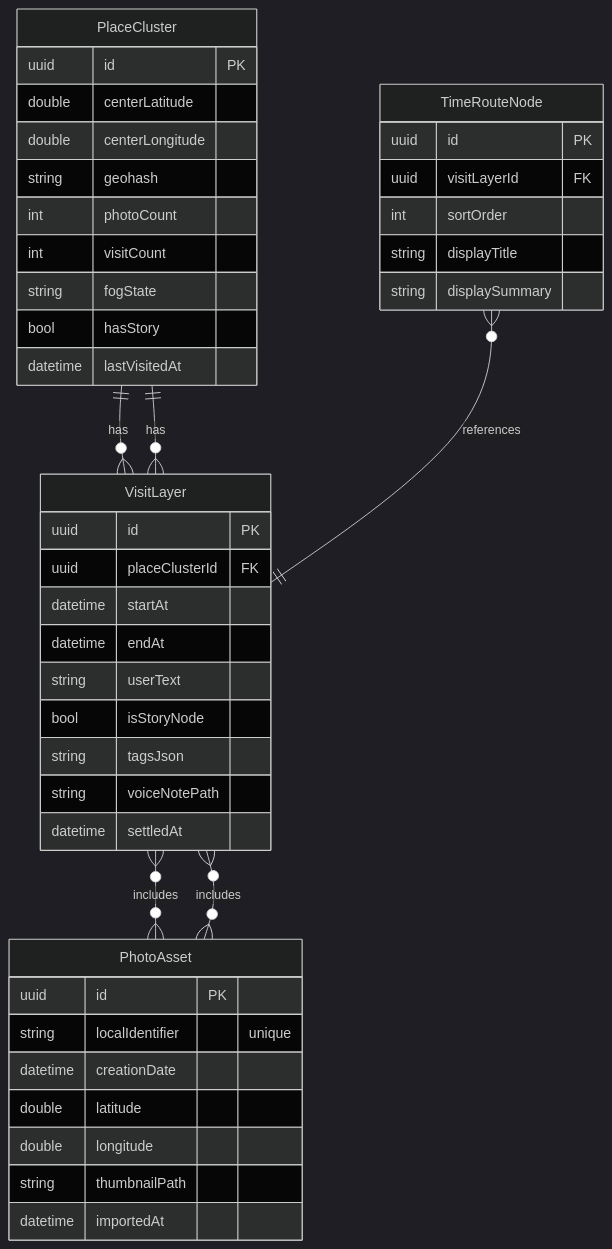
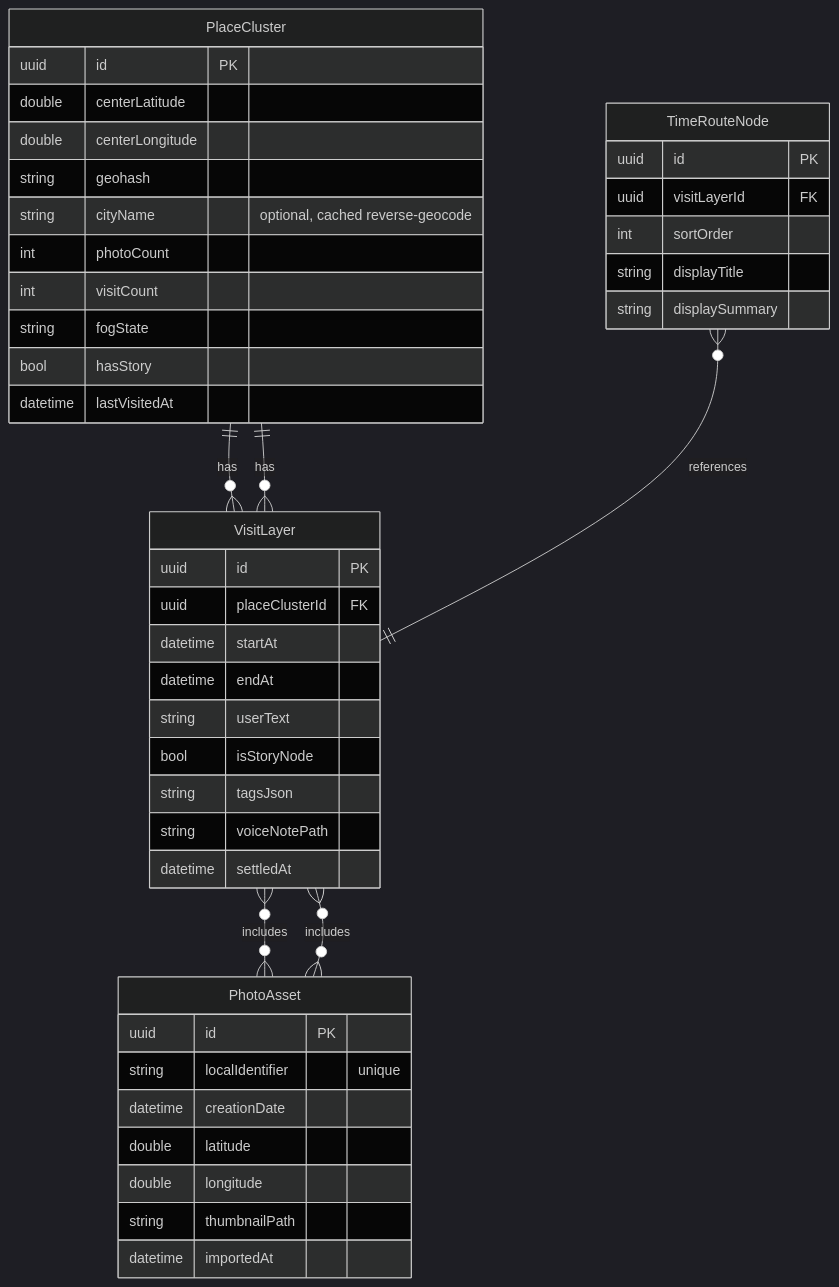
One commit to helinxuan/wakelight changed the second of 5 diagrams in ARCHITECTURE_WAKELIGHT.md. Above: the diagram before and after it, drawn with Mermaid (dark theme). The commit also changed 7 other files, not shown here.

Commit message:
Add cityName field to PlaceCluster and AppDatabase; enhance MemoryPanelView with filtering options

````diff
--- a/ARCHITECTURE_WAKELIGHT.md
+++ b/ARCHITECTURE_WAKELIGHT.md
@@ -304,50 +304,51 @@
 ```mermaid
 erDiagram
   PlaceCluster ||--o{ VisitLayer : has
   VisitLayer }o--o{ PhotoAsset : includes
   PlaceCluster ||--o{ VisitLayer : has
   VisitLayer }o--o{ PhotoAsset : includes
   TimeRouteNode }o--|| VisitLayer : references
 
   PhotoAsset {
     uuid id PK
     string localIdentifier "unique"
     datetime creationDate
     double latitude
     double longitude
     string thumbnailPath
     datetime importedAt
   }
 
   PlaceCluster {
     uuid id PK
     double centerLatitude
     double centerLongitude
     string geohash
+    string cityName "optional, cached reverse-geocode"
     int photoCount
     int visitCount
     string fogState
     bool hasStory
     datetime lastVisitedAt
   }
 
   VisitLayer {
     uuid id PK
     uuid placeClusterId FK
     datetime startAt
     datetime endAt
     string userText
     bool isStoryNode
     string tagsJson
     string voiceNotePath
     datetime settledAt
   }
 
   TimeRouteNode {
     uuid id PK
     uuid visitLayerId FK
     int sortOrder
     string displayTitle
     string displaySummary
   }
 ```
````
